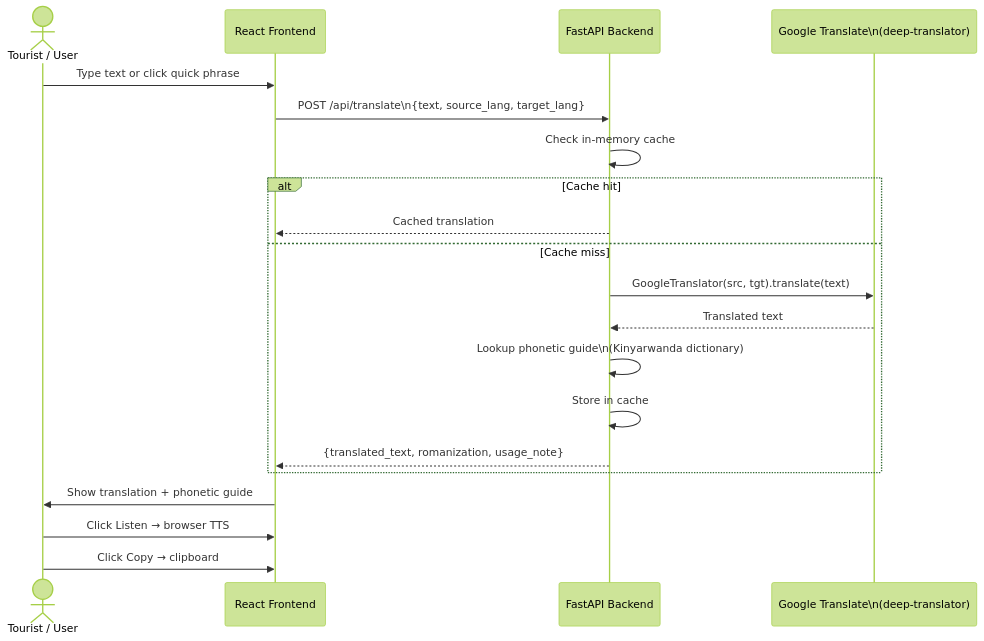
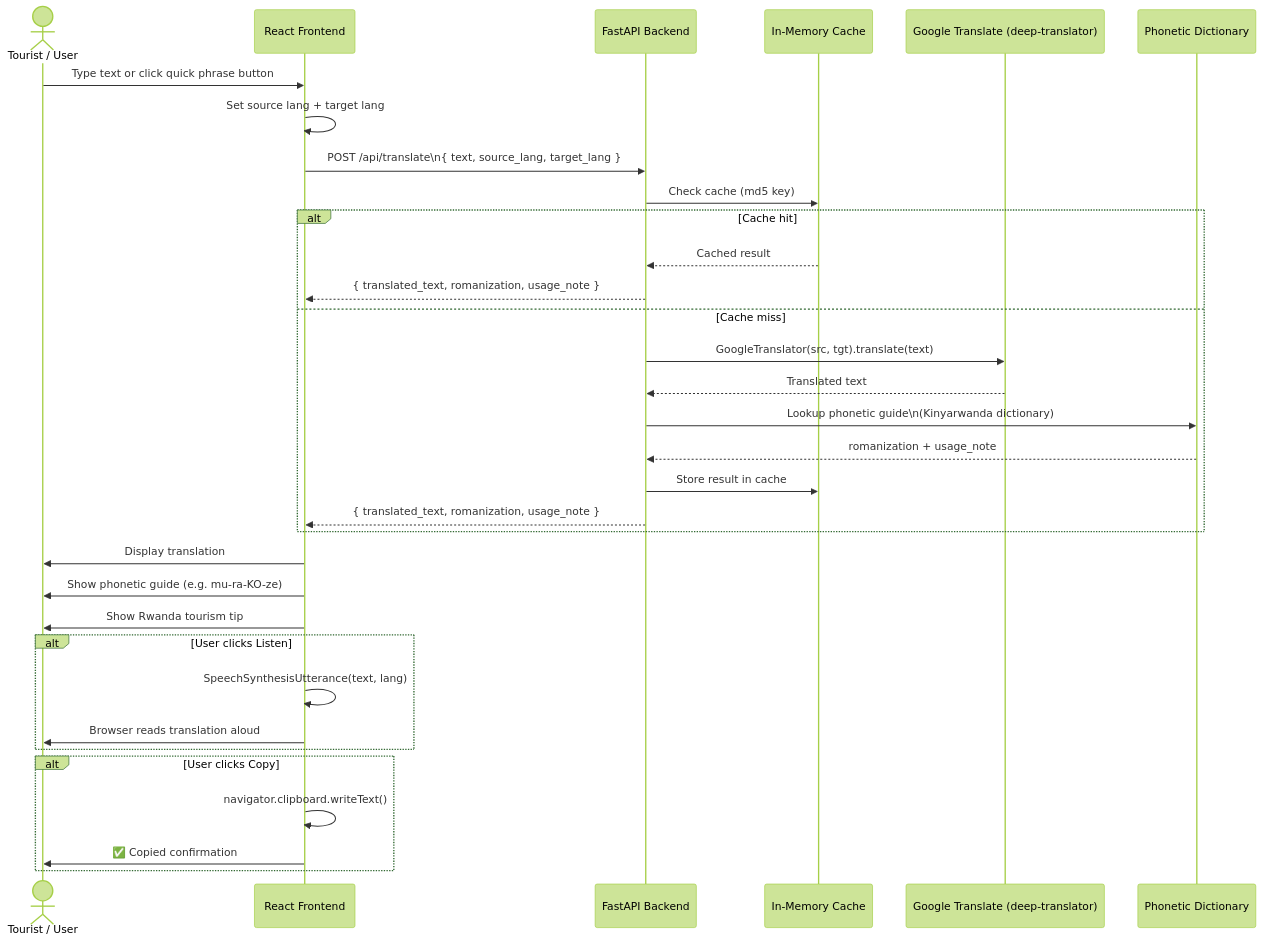
The ninth of 9 diagrams in DIAGRAMS.md (ngabo-dev/fluentfusion.v1), drawn with Mermaid (forest theme) before and after one commit. The commit also changed other lines of this file, not shown here.

First line of the commit message:
docs: completely revise all diagrams — complete, clear, report-ready

````diff
--- a/DIAGRAMS.md
+++ b/DIAGRAMS.md
@@ -585,23 +683,40 @@
 ```mermaid
 sequenceDiagram
     actor U as Tourist / User
     participant FE as React Frontend
     participant API as FastAPI Backend
-    participant GT as Google Translate\n(deep-translator)
+    participant CA as In-Memory Cache
+    participant GT as Google Translate (deep-translator)
+    participant PH as Phonetic Dictionary
 
-    U->>FE: Type text or click quick phrase
-    FE->>API: POST /api/translate\n{text, source_lang, target_lang}
-    API->>API: Check in-memory cache
+    U->>FE: Type text or click quick phrase button
+    FE->>FE: Set source lang + target lang
+    FE->>API: POST /api/translate\n{ text, source_lang, target_lang }
+
+    API->>CA: Check cache (md5 key)
     alt Cache hit
-        API-->>FE: Cached translation
+        CA-->>API: Cached result
+        API-->>FE: { translated_text, romanization, usage_note }
     else Cache miss
         API->>GT: GoogleTranslator(src, tgt).translate(text)
         GT-->>API: Translated text
-        API->>API: Lookup phonetic guide\n(Kinyarwanda dictionary)
-        API->>API: Store in cache
-        API-->>FE: {translated_text, romanization, usage_note}
+        API->>PH: Lookup phonetic guide\n(Kinyarwanda dictionary)
+        PH-->>API: romanization + usage_note
+        API->>CA: Store result in cache
+        API-->>FE: { translated_text, romanization, usage_note }
     end
-    FE->>U: Show translation + phonetic guide
-    U->>FE: Click Listen → browser TTS
-    U->>FE: Click Copy → clipboard
+
+    FE->>U: Display translation
+    FE->>U: Show phonetic guide (e.g. mu-ra-KO-ze)
+    FE->>U: Show Rwanda tourism tip
+
+    alt User clicks Listen
+        FE->>FE: SpeechSynthesisUtterance(text, lang)
+        FE->>U: Browser reads translation aloud
+    end
+
+    alt User clicks Copy
+        FE->>FE: navigator.clipboard.writeText()
+        FE->>U: ✅ Copied confirmation
+    end
 ```
````
